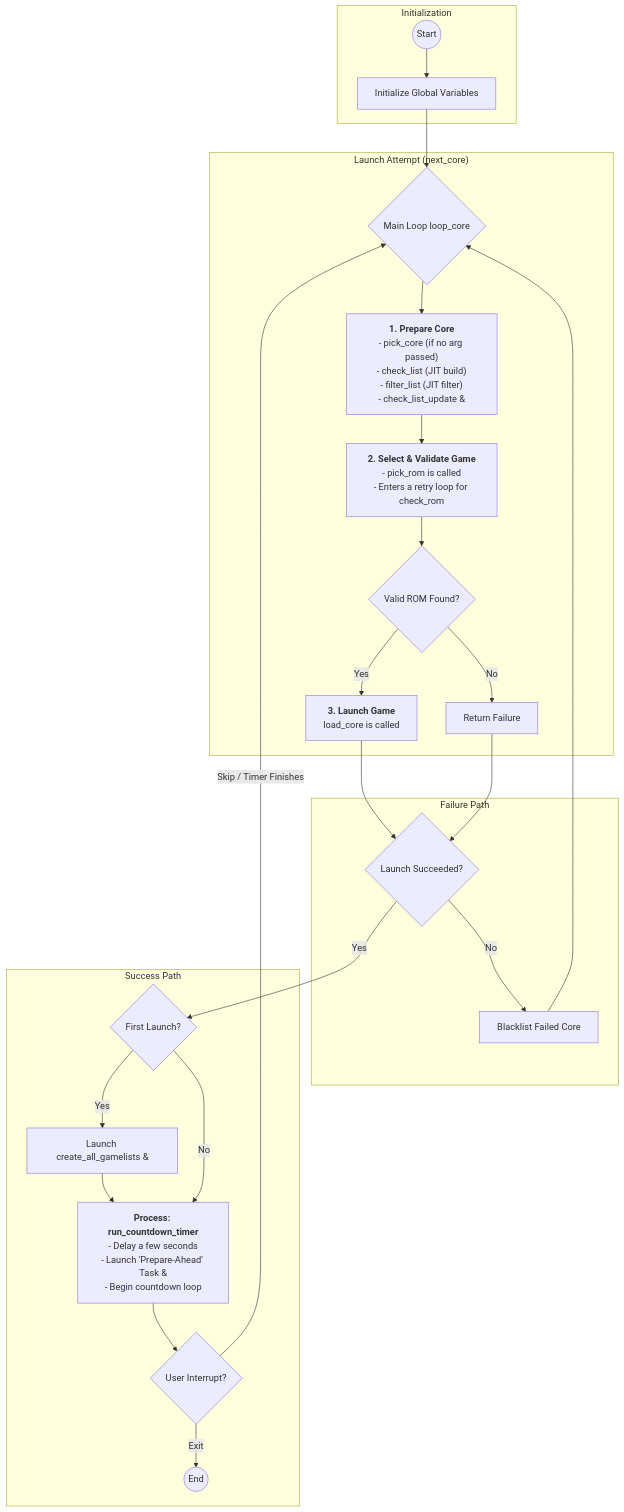
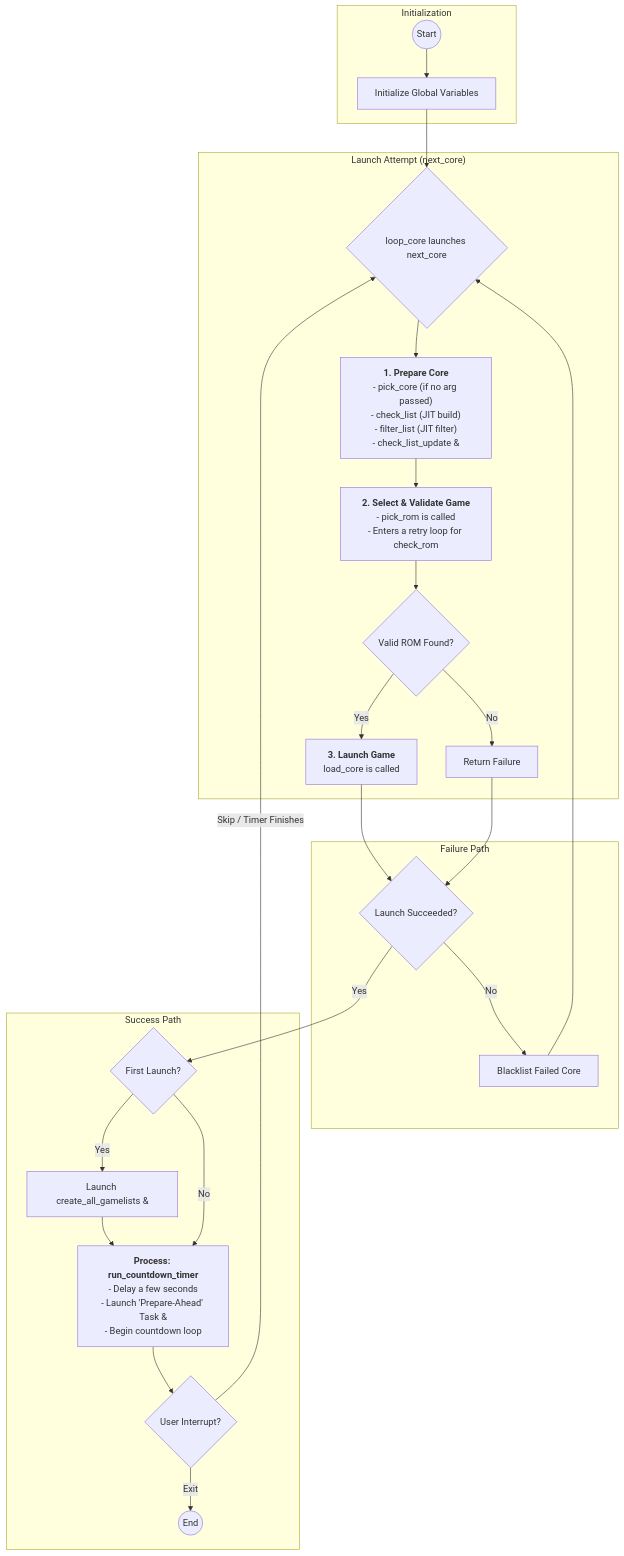
Before and after one commit to mrchrisster/MiSTer_SAM: the diagram in README.md, drawn with Mermaid.

````diff
--- a/README.md
+++ b/README.md
@@ -217,35 +217,35 @@
 ```mermaid
 graph TD
     subgraph Initialization
         A((Start)) --> B[Initialize Global Variables];
     end
 
-    B --> C{Main Loop loop_core};
+    B --> C{loop_core launches next_core};
 
     subgraph "Launch Attempt (next_core)"
         C --> D["<b>1. Prepare Core</b><br/>- pick_core (if no arg passed)<br/>- check_list (JIT build)<br/>- filter_list (JIT filter)<br/>- check_list_update &"];
         D --> E["<b>2. Select & Validate Game</b><br/>- pick_rom is called<br/>- Enters a retry loop for check_rom"];
         E --> F{Valid ROM Found?};
         F -->|Yes| G[<b>3. Launch Game</b><br/>load_core is called];
         F -->|No| H[Return Failure];
     end
 
     G --> I{Launch Succeeded?};
     H --> I;
     
     subgraph "Failure Path"
         I -->|No| J[Blacklist Failed Core];
         J --> C;
     end
 
     subgraph "Success Path"
         I -->|Yes| K{First Launch?};
         K -->|Yes| L[Launch create_all_gamelists &];
         L --> M;
         K -->|No| M;
         M["<b>Process: run_countdown_timer</b><br/>- Delay a few seconds<br/>- Launch 'Prepare-Ahead' Task &<br/>- Begin countdown loop"];
         M --> N{User Interrupt?};
         N -->|Exit| P((End));
         N -->|Skip / Timer Finishes| C;
     end
 ```
````
